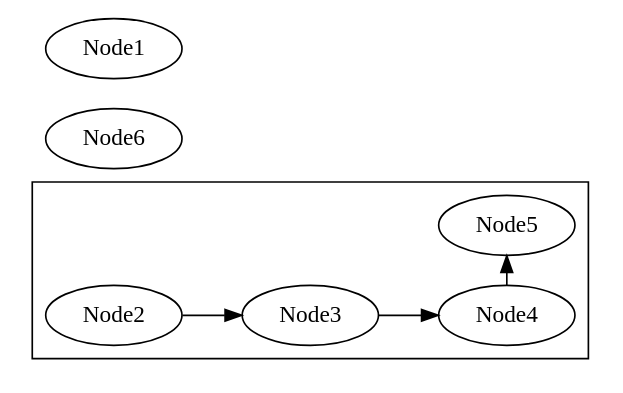
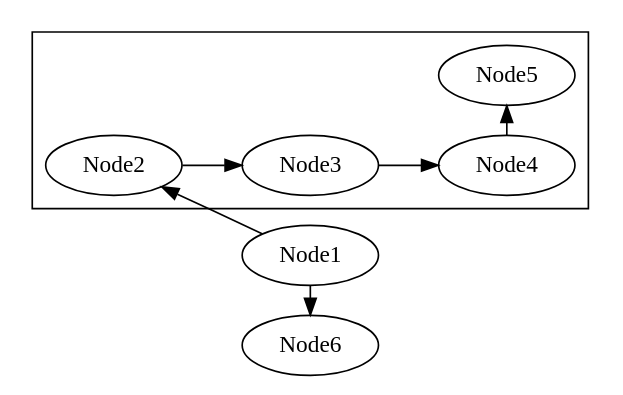
Before and after one commit to sisyphus1212/note: the fifth of 5 diagrams in other/graphviz.md, drawn with Graphviz.

Commit message:
auto_update

````diff
--- a/other/graphviz.md
+++ b/other/graphviz.md
@@ -61,15 +61,18 @@
 ```graphviz
 digraph {
     rankdir=LR
     subgraph cluster_vertical_example{
         "Node2"-> "Node3";
         "Node3"-> "Node4";
         "Node4"->"Node5"
         {rank=same; "Node4"; "Node5";}
     }
+    subgraph cluster_vertical_example{
+    }
     node[]"Node6";
     node[]"Node1";
     {rank=same; "Node1"; "Node6";}
-
+    Node2 -> Node1[dir=back]
+    Node1 -> Node6
 }
 ```
````
